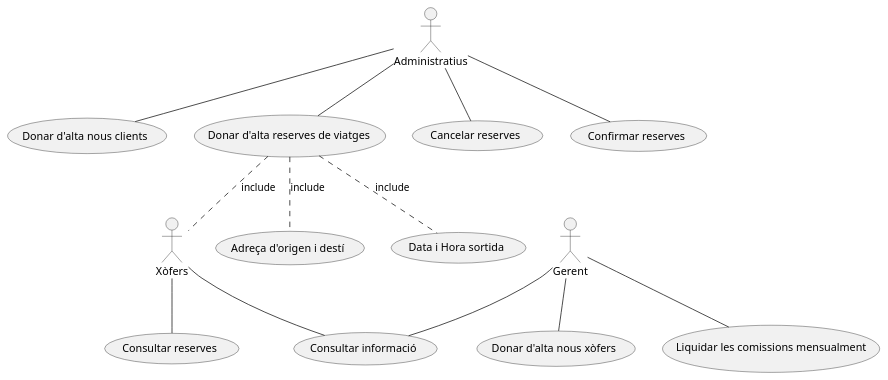
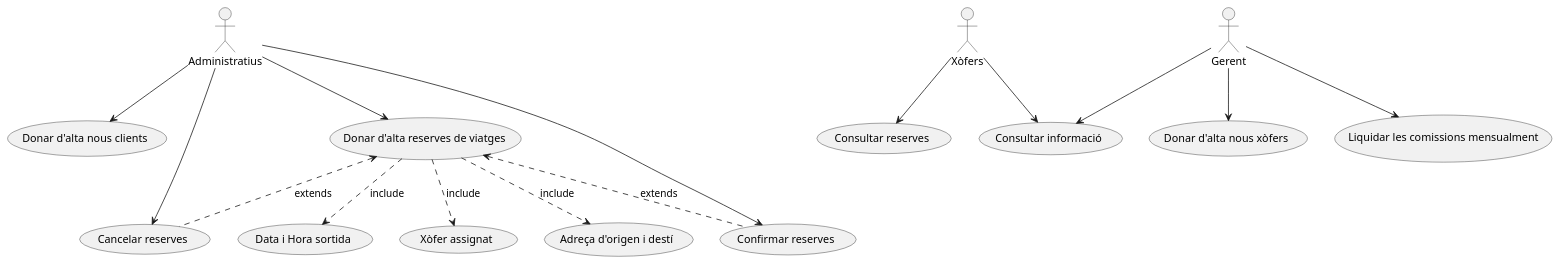
Before and after one commit to saracaparros/DAW: the diagram in M5/AEA.3.2.2. Avançat Diagrames de casos d'ús/PlantUML/RadioTaxi.puml, drawn with PlantUML. The commit also changed 3 other files, not shown here.

Commit message:
fix images and plantuml

```diff
--- a/M5/AEA.3.2.2. Avançat Diagrames de casos d'ús/PlantUML/RadioTaxi.puml
+++ b/M5/AEA.3.2.2. Avançat Diagrames de casos d'ús/PlantUML/RadioTaxi.puml
@@ -1,23 +1,25 @@
 @startuml
 
 :Administratius: as A
 :Xòfers: as X
 :Gerent: as G
 
-A -- (Donar d'alta nous clients)
-A -- (Donar d'alta reserves de viatges) 
-(Donar d'alta reserves de viatges) .. X : include
-(Donar d'alta reserves de viatges) .. (Adreça d'origen i destí) : include
-(Donar d'alta reserves de viatges) .. (Data i Hora sortida) : include
-A -- (Cancelar reserves)
-A -- (Confirmar reserves)
+A --> (Donar d'alta nous clients)
+A --> (Donar d'alta reserves de viatges)
+(Donar d'alta reserves de viatges) ..> (Xòfer assignat) : include
+(Donar d'alta reserves de viatges) ..> (Adreça d'origen i destí) : include
+(Donar d'alta reserves de viatges) ..> (Data i Hora sortida) : include
+A --> (Cancelar reserves)
+(Donar d'alta reserves de viatges) <.. (Cancelar reserves) : extends
+(Donar d'alta reserves de viatges) <.. (Confirmar reserves) : extends
+A --> (Confirmar reserves)
 
-X -- (Consultar reserves)
+X --> (Consultar reserves)
 
-G -- (Donar d'alta nous xòfers)
-G -- (Liquidar les comissions mensualment)
-G -- (Consultar informació)
-X -- (Consultar informació)
+G --> (Donar d'alta nous xòfers)
+G --> (Liquidar les comissions mensualment)
+G --> (Consultar informació)
+X --> (Consultar informació)
 
 
 @enduml
```
